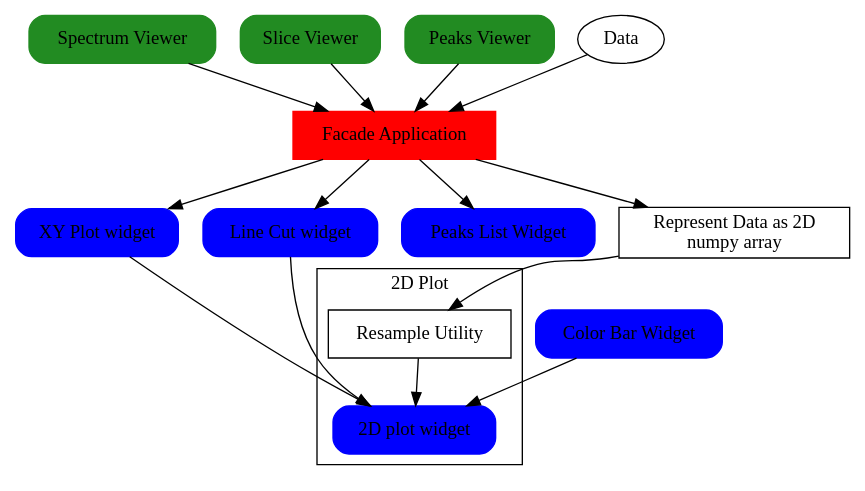
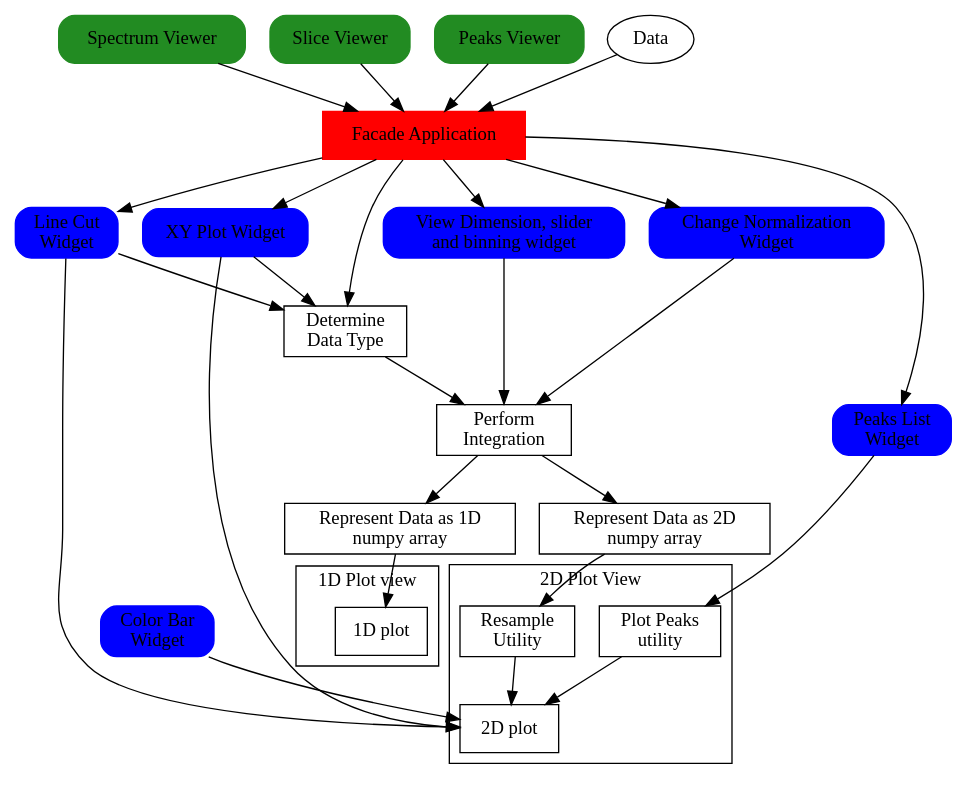
One commit to mantidproject/documents changed the diagram in Design/Workbench/Sliceviewer/widget_design.dot. Above: the diagram before and after it, drawn with Graphviz.

Commit message:
First draft of overview diagram

```diff
--- a/Design/Workbench/Sliceviewer/widget_design.dot
+++ b/Design/Workbench/Sliceviewer/widget_design.dot
@@ -1,38 +1,61 @@
 digraph DiagramName{
 subgraph Apps{
 node [shape="box"color="forestgreen",style="rounded,filled"]
 Spec_view [label="Spectrum Viewer"]
 Slice_view [label="Slice Viewer"]
 Peaks_view [label="Peaks Viewer"]
 }
 Subgraph Widgets{
 node [shape="box"color="blue",style="rounded,filled"]
-mpl_wid
-color_bar_wid [label="Color Bar Widget"]
-XY_cut_wid [label="XY Plot widget"]
-line_cut_wid [label="Line Cut widget"]
-peaks_list_widget [label="Peaks List Widget"]
+
+color_bar_wid [label="Color Bar\nWidget"]
+XY_cut_wid [label="XY Plot Widget"]
+line_cut_wid [label="Line Cut\n Widget"]
+peaks_list_widget [label="Peaks List\n Widget"]
+dim_slide_widget [label="View Dimension, slider\n and binning widget"]
+change_norm_wid [label="Change Normalization\n Widget"]
 }
 Subgraph Main_Facade{
 node [shape="box" color="red" style="filled"]
 Facade_App [label = "Facade Application"]
 }
+
 Subgraph Util{
 node [shape="box"]
-resample_util [label="Resample Utility"]
+resample_util [label="Resample\n Utility"]
 Data_conv [label="Represent Data as 2D\n numpy array"]
+Data_conv1 [label="Represent Data as 1D\n numpy array"]
+plot_peaks [label="Plot Peaks\n utility"]
+mpl_wid [label="2D plot "]
+OneD_Plot[label="1D plot"]
+data_type [label="Determine\nData Type"]
+integration [label="Perform\n Integration"]
+}
+subgraph level_group{
+rank=same
+integration
+peaks_list_widget
+}
+subgraph cluster_plot_2d{
+label="2D Plot View"
+ resample_util
+ plot_peaks
+ mpl_wid
+}
+subgraph cluster_plot_1d{
+label="1D Plot view"
+  OneD_Plot
 }
 
-subgraph cluster_plot_2d{
-label="2D Plot"
- resample_util
- mpl_wid [label="2D plot widget"]
-}
-
-
-{Spec_view,Slice_view,Peaks_view,Data} ->Facade_App ->{Data_conv,XY_cut_wid,line_cut_wid,peaks_list_widget}
+{Spec_view,Slice_view,Peaks_view,Data} ->Facade_App ->{data_type,XY_cut_wid,
+  line_cut_wid,peaks_list_widget,dim_slide_widget,change_norm_wid}
+  integration->{Data_conv,Data_conv1}
+  change_norm_wid->integration
+peaks_list_widget -> plot_peaks->mpl_wid
 Data_conv->resample_util
+dim_slide_widget ->integration
 {XY_cut_wid,resample_util,line_cut_wid}->mpl_wid
 color_bar_wid ->mpl_wid
-
+{line_cut_wid,XY_cut_wid}->data_type->integration
+Data_conv1->OneD_Plot
 }
```
